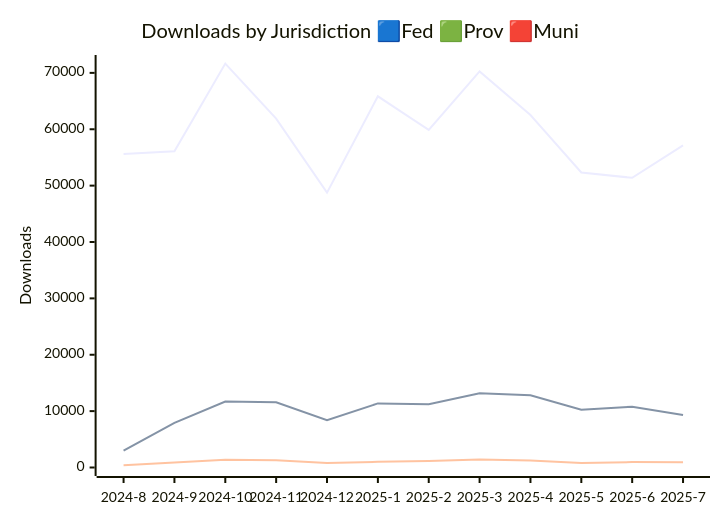
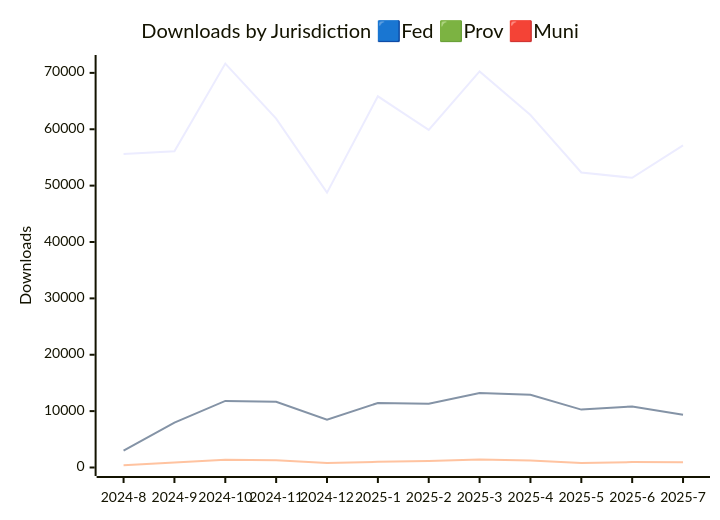
Before and after one commit to open-data/analytics-corporate-reporting: the diagram in JURISDICTION_ANALYTICS_REPORT/readme.md, drawn with Mermaid. The commit also changed 3 other files, not shown here.

````diff
--- a/JURISDICTION_ANALYTICS_REPORT/readme.md
+++ b/JURISDICTION_ANALYTICS_REPORT/readme.md
@@ -4,10 +4,10 @@
 ```mermaid
 
 xychart-beta
     title "Downloads by Jurisdiction 🟦Fed 🟩Prov 🟥Muni"
     x-axis [2024-8, 2024-9, 2024-10, 2024-11, 2024-12, 2025-1, 2025-2, 2025-3, 2025-4, 2025-5, 2025-6, 2025-7]
     y-axis "Downloads" 0 --> 71663
     line [55592, 56076, 71653, 61880, 48751, 65843, 59878, 70251, 62520, 52323, 51386, 57151]
-    line [2972, 7924, 11704, 11575, 8399, 11366, 11236, 13156, 12825, 10229, 10782, 9309]
+    line [2990, 7959, 11807, 11657, 8462, 11451, 11300, 13215, 12907, 10272, 10825, 9369]
     line [398, 879, 1358, 1267, 801, 1001, 1170, 1408, 1229, 806, 966, 953]
 ```
````
